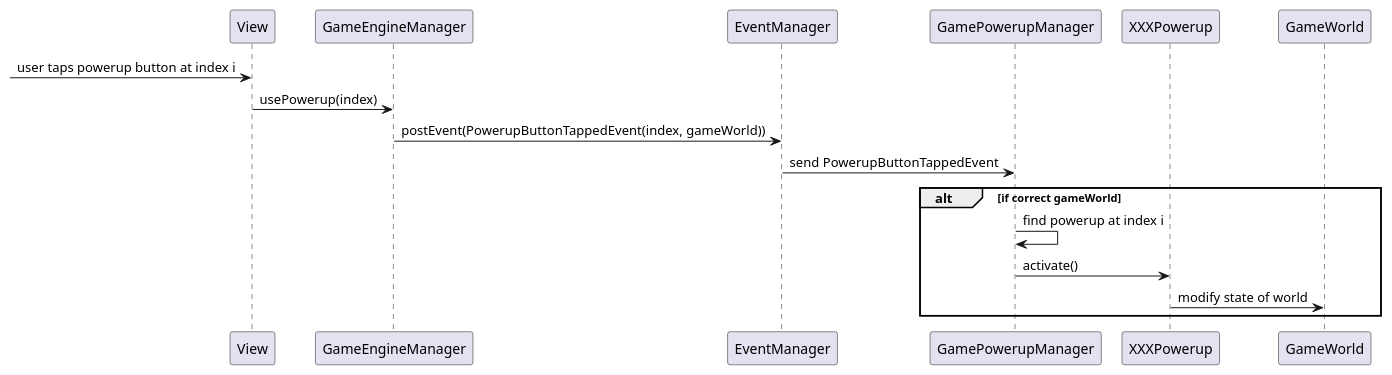
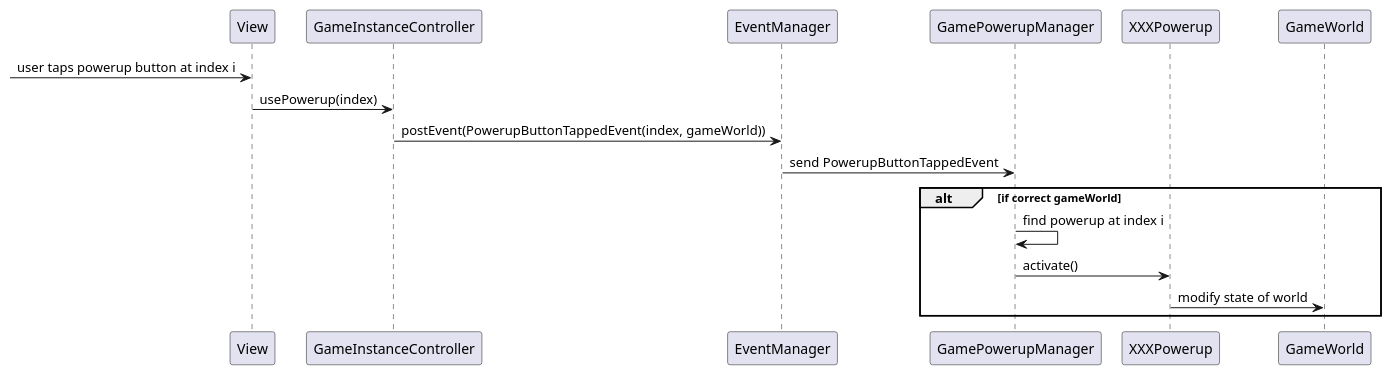
Before and after one commit to tumbling-towers/TumblingTowersGame: the diagram in Docs/Diagrams/PowerupManager/activate-powerup-2.puml, drawn with PlantUML. The commit also changed 5 other files, not shown here.

```diff
--- a/Docs/Diagrams/PowerupManager/activate-powerup-2.puml
+++ b/Docs/Diagrams/PowerupManager/activate-powerup-2.puml
@@ -1,11 +1,11 @@
 @startuml
 [-> View: user taps powerup button at index i
-View -> GameEngineManager: usePowerup(index)
-GameEngineManager -> EventManager: postEvent(PowerupButtonTappedEvent(index, gameWorld))
+View -> GameInstanceController: usePowerup(index)
+GameInstanceController -> EventManager: postEvent(PowerupButtonTappedEvent(index, gameWorld))
 EventManager -> GamePowerupManager: send PowerupButtonTappedEvent
 alt if correct gameWorld
 GamePowerupManager -> GamePowerupManager: find powerup at index i
 GamePowerupManager -> XXXPowerup: activate()
 XXXPowerup -> GameWorld: modify state of world
 end
 @enduml
```
